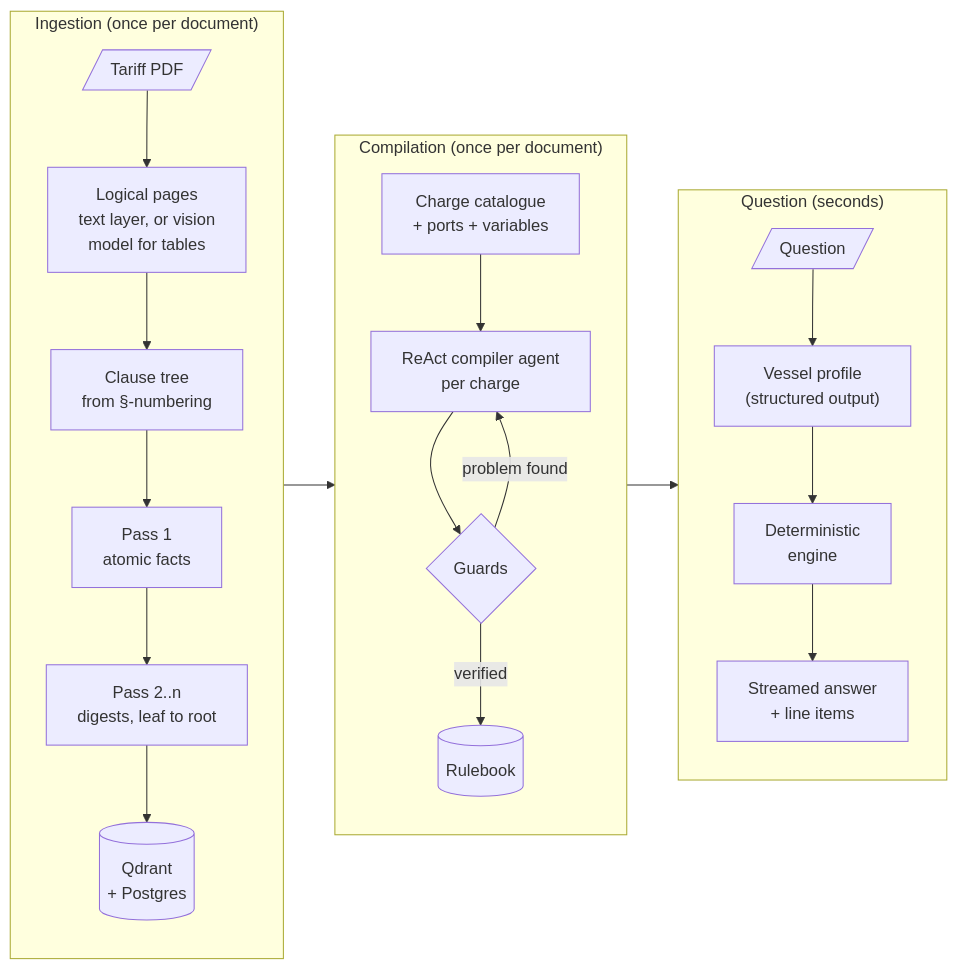
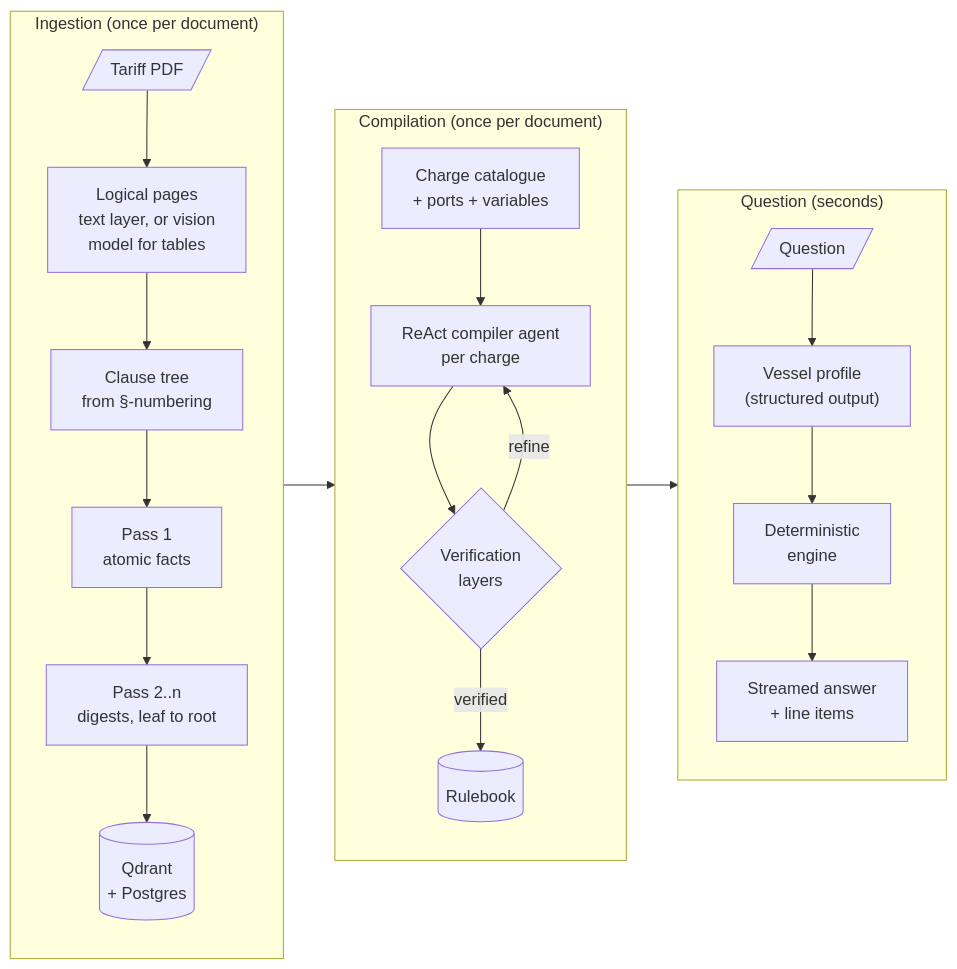
Before and after one commit to melih-unsal/port-dues: the first of 4 diagrams in README.md, drawn with Mermaid. The commit also changed other lines of this file, not shown here.

````diff
--- a/README.md
+++ b/README.md
@@ -25,29 +26,29 @@
 ```mermaid
 flowchart LR
     subgraph ingest["Ingestion (once per document)"]
         direction TB
         pdf[/"Tariff PDF"/] --> pages["Logical pages<br/>text layer, or vision<br/>model for tables"]
         pages --> tree["Clause tree<br/>from §-numbering"]
         tree --> facts["Pass 1<br/>atomic facts"]
         facts --> digests["Pass 2..n<br/>digests, leaf to root"]
         digests --> index[("Qdrant<br/>+ Postgres")]
     end
 
     subgraph compile["Compilation (once per document)"]
         direction TB
         cat["Charge catalogue<br/>+ ports + variables"] --> agent["ReAct compiler agent<br/>per charge"]
-        agent --> guards{"Guards"}
-        guards -- "problem found" --> agent
+        agent --> guards{"Verification<br/>layers"}
+        guards -- "refine" --> agent
         guards -- "verified" --> rules[("Rulebook")]
     end
 
     subgraph query["Question (seconds)"]
         direction TB
         q[/"Question"/] --> profile["Vessel profile<br/>(structured output)"]
         profile --> engine["Deterministic<br/>engine"]
         engine --> answer["Streamed answer<br/>+ line items"]
     end
 
     index --> cat
     rules --> engine
 ```
````
